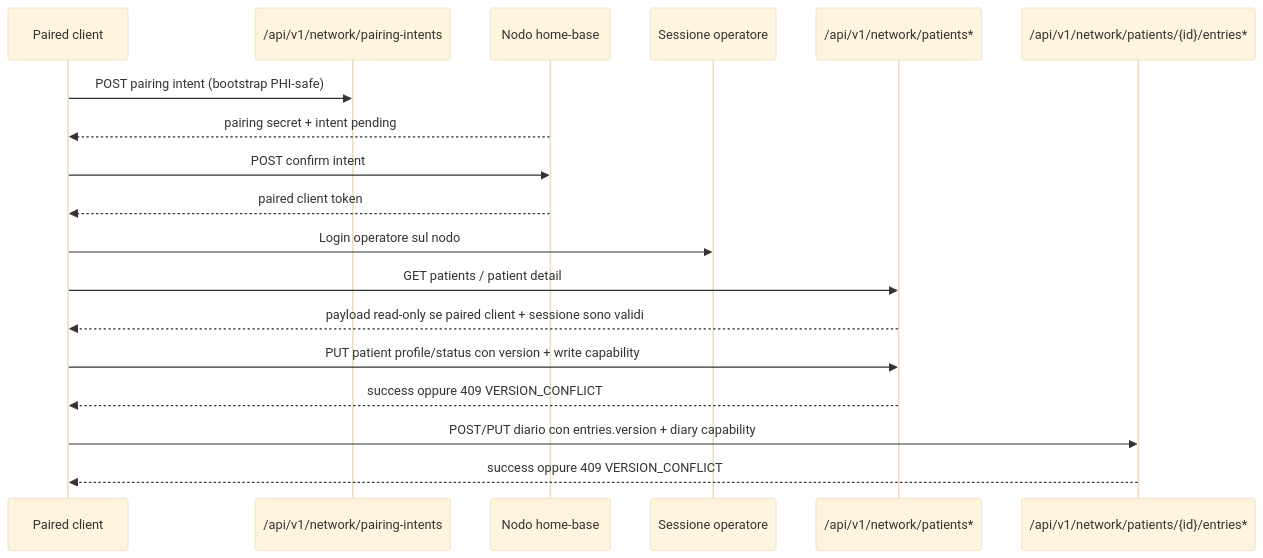
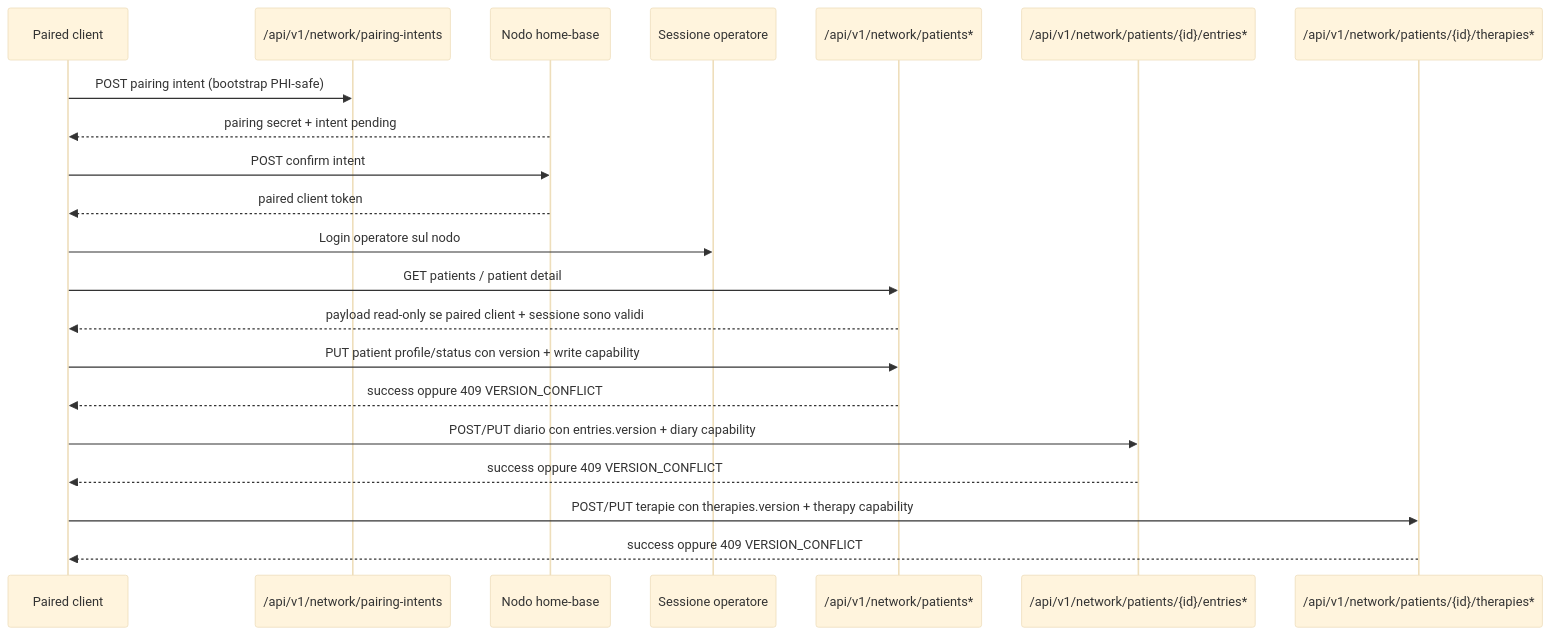
The tenth of 10 diagrams in docs/topologia-dati-flussi.md (Wulfgardr/mediflow), drawn with Mermaid (base theme) before and after one commit. The commit also changed other lines of this file and 38 other files, not shown here.

First line of the commit message:
feat(network): add paired therapy write boundary

````diff
--- a/docs/topologia-dati-flussi.md
+++ b/docs/topologia-dati-flussi.md
@@ -339,20 +339,23 @@
 ```mermaid
 sequenceDiagram
     participant Client as Paired client
     participant Pair as /api/v1/network/pairing-intents
     participant Node as Nodo home-base
     participant Session as Sessione operatore
     participant Data as /api/v1/network/patients*
     participant Diary as /api/v1/network/patients/{id}/entries*
+    participant Therapy as /api/v1/network/patients/{id}/therapies*
     Client->>Pair: POST pairing intent (bootstrap PHI-safe)
     Node-->>Client: pairing secret + intent pending
     Client->>Node: POST confirm intent
     Node-->>Client: paired client token
     Client->>Session: Login operatore sul nodo
     Client->>Data: GET patients / patient detail
     Data-->>Client: payload read-only se paired client + sessione sono validi
     Client->>Data: PUT patient profile/status con version + write capability
     Data-->>Client: success oppure 409 VERSION_CONFLICT
     Client->>Diary: POST/PUT diario con entries.version + diary capability
     Diary-->>Client: success oppure 409 VERSION_CONFLICT
+    Client->>Therapy: POST/PUT terapie con therapies.version + therapy capability
+    Therapy-->>Client: success oppure 409 VERSION_CONFLICT
 ```
````
